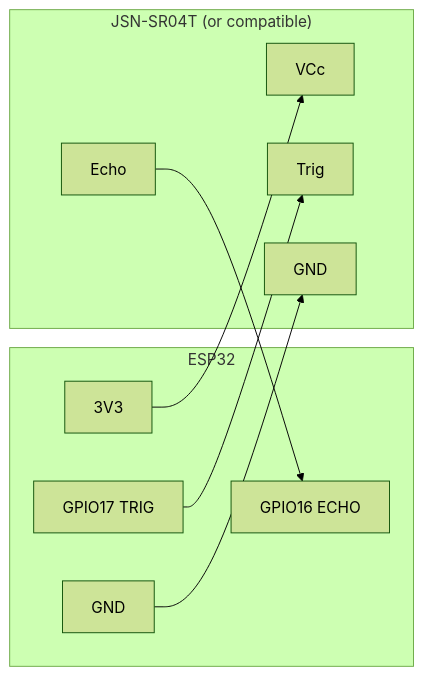
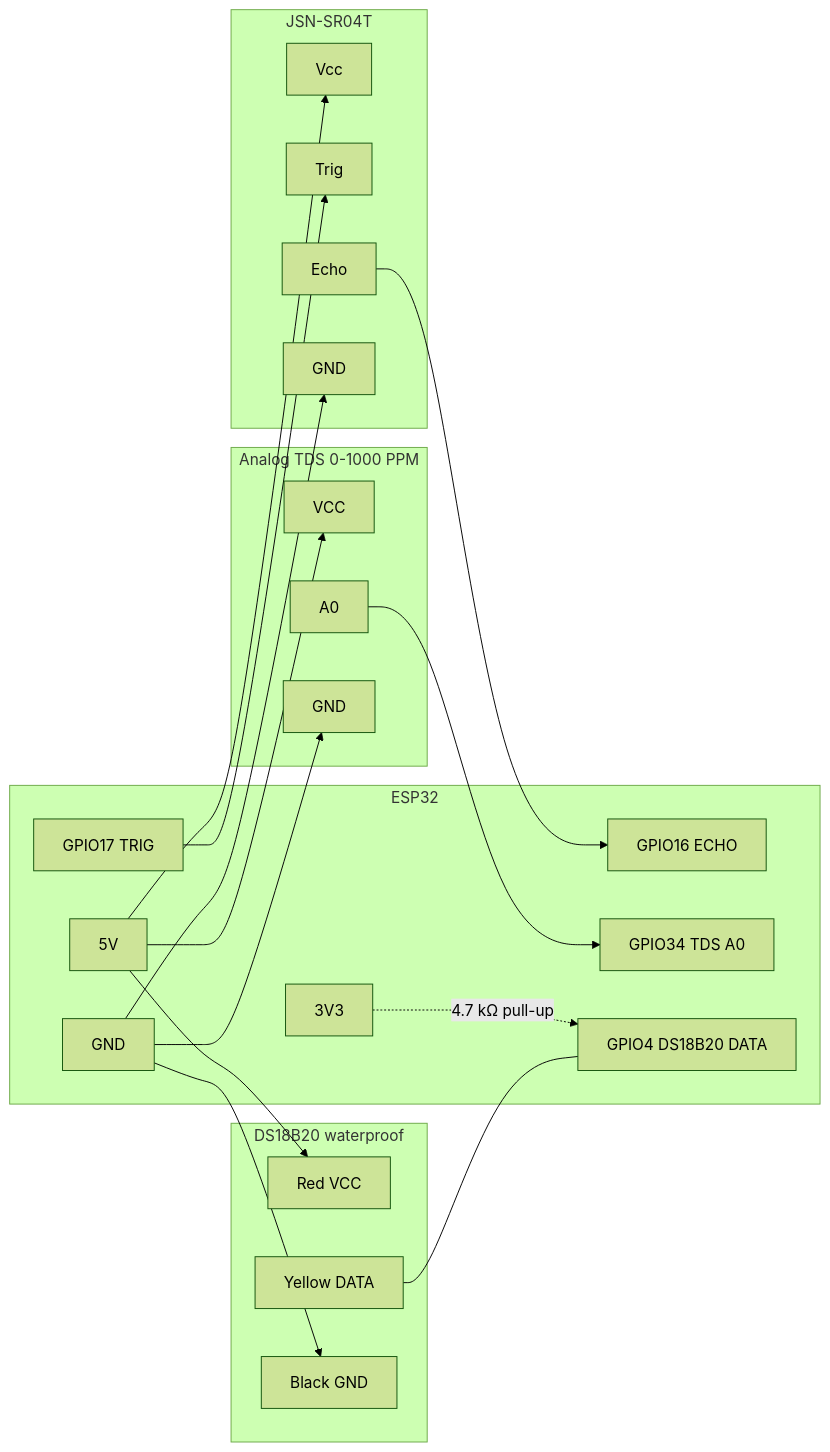
Before and after one commit to raviprakash1/WaterTankMonitoringSystem: the first of 2 diagrams in README.md, drawn with Mermaid (forest theme). The commit also changed other lines of this file and 7 other files, not shown here.

````diff
--- a/README.md
+++ b/README.md
@@ -39,21 +47,43 @@
 ```mermaid
 flowchart LR
   subgraph ESP32["ESP32"]
     GND_ESP[GND]
     V33[3V3]
+    V5[5V]
     IO17["GPIO17 TRIG"]
     IO16["GPIO16 ECHO"]
+    IO34["GPIO34 TDS A0"]
+    IO4["GPIO4 DS18B20 DATA"]
   end
 
-  subgraph US["JSN-SR04T (or compatible)"]
-    VCC[VCc]
+  subgraph US["JSN-SR04T"]
+    VCC_US[Vcc]
     TRIG[Trig]
     ECHO[Echo]
     GND_US[GND]
   end
 
+  subgraph TDS["Analog TDS 0-1000 PPM"]
+    VCC_TDS[VCC]
+    A0[A0]
+    GND_TDS[GND]
+  end
+
+  subgraph TEMP["DS18B20 waterproof"]
+    VCC_T[Red VCC]
+    DATA_T[Yellow DATA]
+    GND_T[Black GND]
+  end
+
+  V5 --> VCC_US
+  V5 --> VCC_TDS
+  V5 --> VCC_T
+  GND_ESP --> GND_US
+  GND_ESP --> GND_TDS
+  GND_ESP --> GND_T
   IO17 --> TRIG
   ECHO --> IO16
-  V33 --> VCC
-  GND_ESP --> GND_US
+  A0 --> IO34
+  DATA_T --- IO4
+  V33 -.->|"4.7 kΩ pull-up"| IO4
 ```
````
